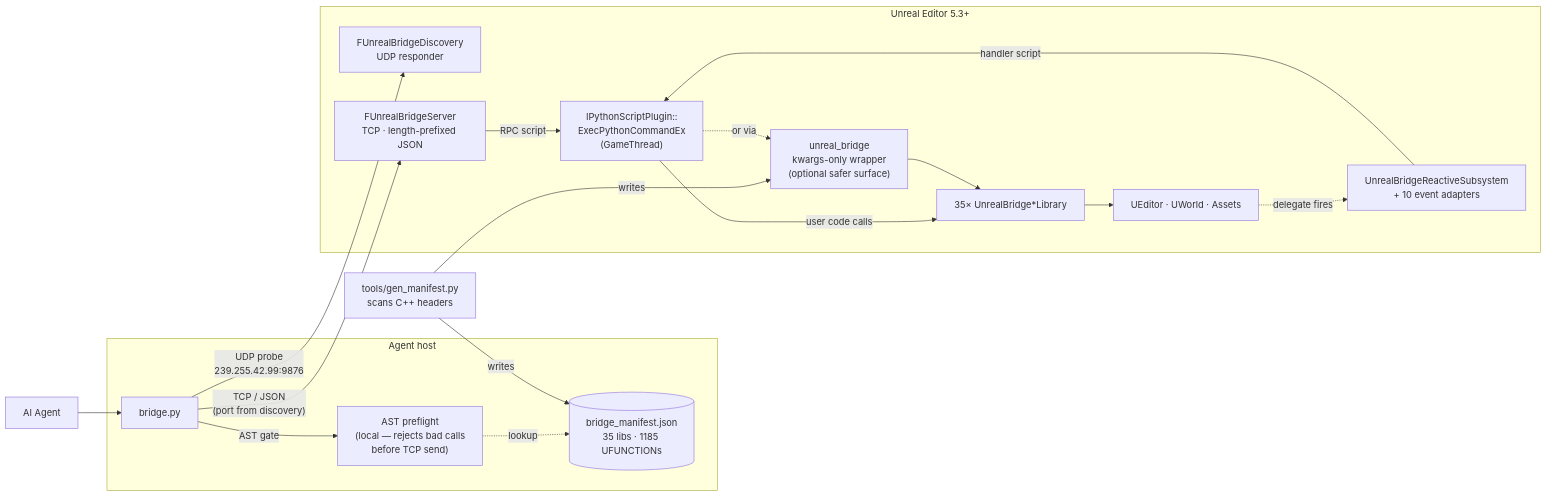
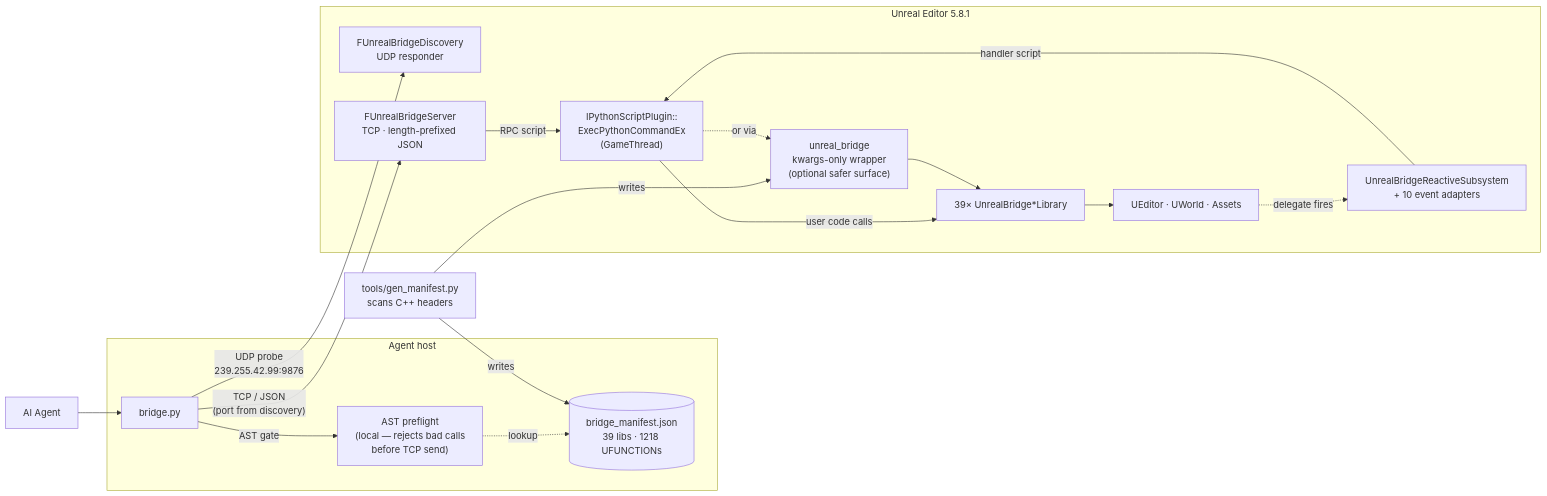
The diagram in README.md (ycy1164656/UnrealBridge), drawn with Mermaid before and after one commit. The commit also changed other lines of this file and 191 other files, not shown here.

````diff
--- a/README.md
+++ b/README.md
@@ -46,40 +47,40 @@
 ```mermaid
 flowchart LR
     Agent["AI Agent"]
 
     subgraph Host["Agent host"]
       CLI["bridge.py"]
       Pre["AST preflight<br/>(local — rejects bad calls<br/>before TCP send)"]
-      Mani[("bridge_manifest.json<br/>35 libs · 1185 UFUNCTIONs")]
+      Mani[("bridge_manifest.json<br/>39 libs · 1218 UFUNCTIONs")]
     end
 
     Gen["tools/gen_manifest.py<br/>scans C++ headers"]
 
-    subgraph UE["Unreal Editor 5.3+"]
+    subgraph UE["Unreal Editor 5.8.1"]
       Disc["FUnrealBridgeDiscovery<br/>UDP responder"]
       Server["FUnrealBridgeServer<br/>TCP · length-prefixed JSON"]
       Reactive["UnrealBridgeReactiveSubsystem<br/>+ 10 event adapters"]
       Exec["IPythonScriptPlugin::<br/>ExecPythonCommandEx<br/>(GameThread)"]
       Wrap["unreal_bridge<br/>kwargs-only wrapper<br/>(optional safer surface)"]
-      Libs["35× UnrealBridge*Library"]
+      Libs["39× UnrealBridge*Library"]
       Engine["UEditor · UWorld · Assets"]
     end
 
     Agent --> CLI
     CLI -- "AST gate" --> Pre
     Pre -. "lookup" .-> Mani
 
     Gen -- "writes" --> Mani
     Gen -- "writes" --> Wrap
 
     CLI -- "UDP probe<br/>239.255.42.99:9876" --> Disc
     CLI -- "TCP / JSON<br/>(port from discovery)" --> Server
     Server -- "RPC script" --> Exec
     Engine -. "delegate fires" .-> Reactive
     Reactive -- "handler script" --> Exec
 
     Exec -- "user code calls" --> Libs
     Exec -. "or via" .-> Wrap
     Wrap --> Libs
     Libs --> Engine
 ```
````
